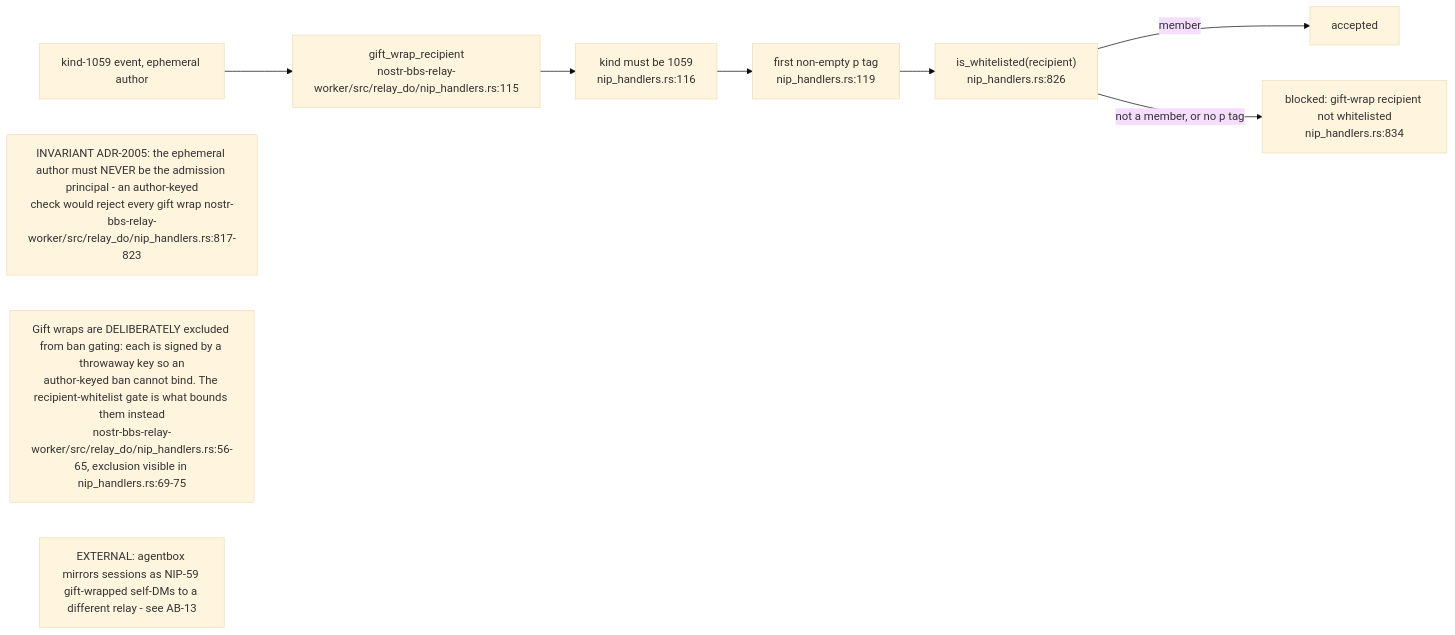
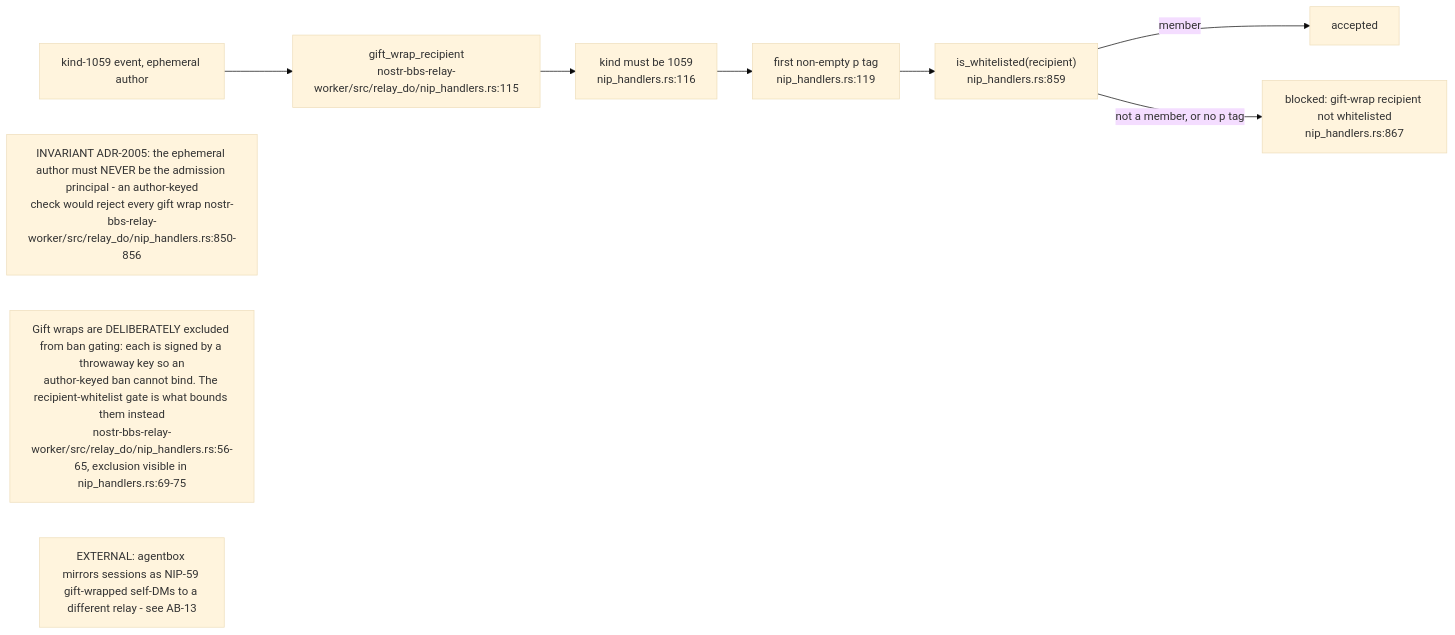
The fifth of 14 diagrams in docs/diagrams/nostr-rust-forum/03-relay-worker-admission-auth-and-trust.md (DreamLab-AI/VisionFlow), drawn with Mermaid (base theme) before and after one commit. The commit also changed other lines of this file and 111 other files, not shown here.

Commit message:
docs(diagrams): align estate maps with current source

````diff
--- a/docs/diagrams/nostr-rust-forum/03-relay-worker-admission-auth-and-trust.md
+++ b/docs/diagrams/nostr-rust-forum/03-relay-worker-admission-auth-and-trust.md
@@ -148,18 +148,18 @@
 ```mermaid
 flowchart LR
     EV["kind-1059 event, ephemeral author"]
     EX["gift_wrap_recipient<br/>nostr-bbs-relay-worker/src/relay_do/nip_handlers.rs:115"]
     K["kind must be 1059<br/>nip_handlers.rs:116"]
     T["first non-empty p tag<br/>nip_handlers.rs:119"]
-    WL["is_whitelisted(recipient)<br/>nip_handlers.rs:826"]
+    WL["is_whitelisted(recipient)<br/>nip_handlers.rs:859"]
     OK["accepted"]
-    NO["blocked: gift-wrap recipient not whitelisted<br/>nip_handlers.rs:834"]
+    NO["blocked: gift-wrap recipient not whitelisted<br/>nip_handlers.rs:867"]
 
     EV --> EX --> K --> T --> WL
     WL -->|"member"| OK
     WL -->|"not a member, or no p tag"| NO
 
-    N1["INVARIANT ADR-2005: the ephemeral author must NEVER be the admission principal - an author-keyed<br/>check would reject every gift wrap nostr-bbs-relay-worker/src/relay_do/nip_handlers.rs:817-823"]
+    N1["INVARIANT ADR-2005: the ephemeral author must NEVER be the admission principal - an author-keyed<br/>check would reject every gift wrap nostr-bbs-relay-worker/src/relay_do/nip_handlers.rs:850-856"]
     N2["Gift wraps are DELIBERATELY excluded from ban gating: each is signed by a throwaway key so an<br/>author-keyed ban cannot bind. The recipient-whitelist gate is what bounds them instead<br/>nostr-bbs-relay-worker/src/relay_do/nip_handlers.rs:56-65, exclusion visible in nip_handlers.rs:69-75"]
     N3["EXTERNAL: agentbox mirrors sessions as NIP-59 gift-wrapped self-DMs to a different relay - see AB-13"]
 ```
````
